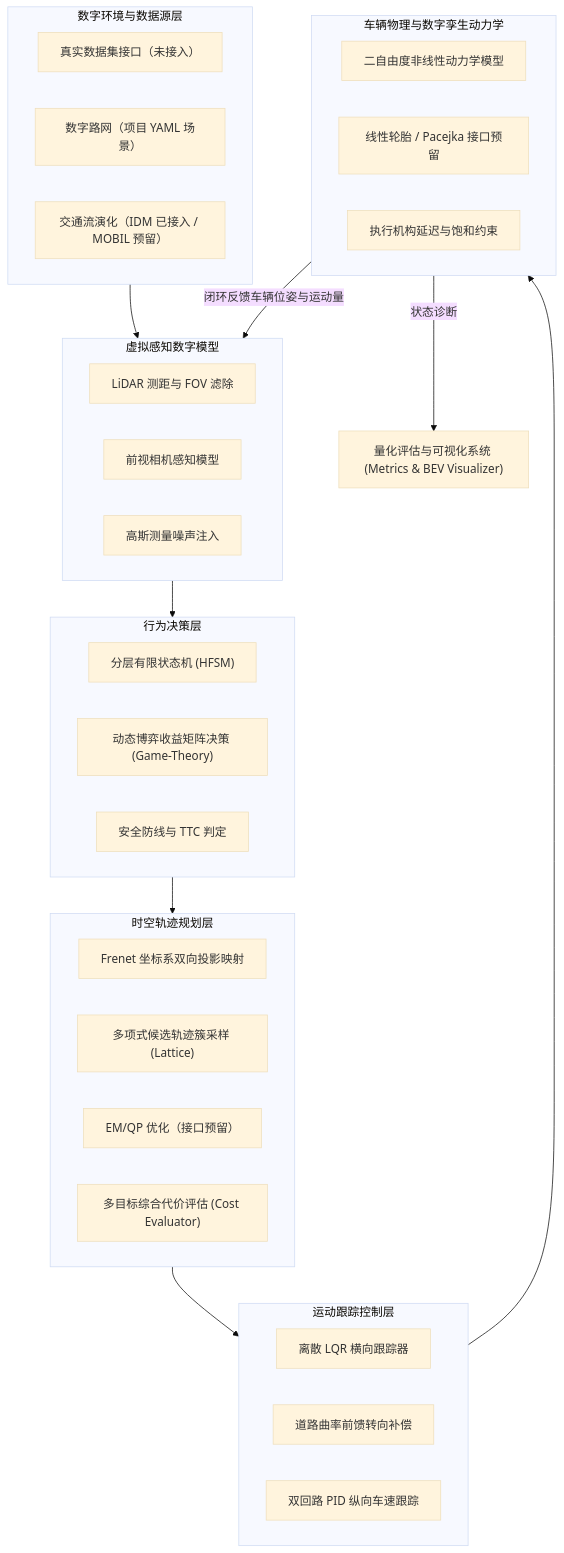
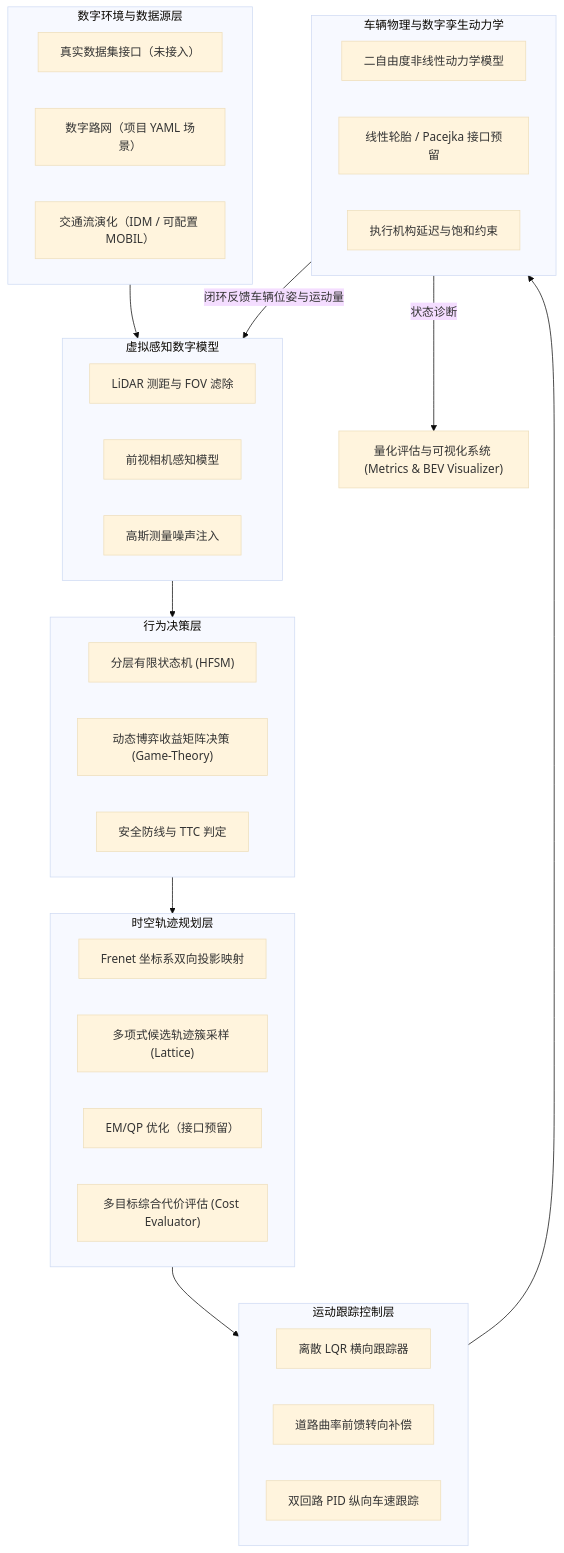
Before and after one commit to fwwwwjj/intelligent-vehicle-simulation: the diagram in docs/02_digital_models.md, drawn with Mermaid (base theme). The commit also changed other lines of this file and 14 other files, not shown here.

````diff
--- a/docs/02_digital_models.md
+++ b/docs/02_digital_models.md
@@ -7,47 +7,47 @@
 ```mermaid
 flowchart TD
     subgraph Env["数字环境与数据源层"]
         D1["真实数据集接口（未接入）"]
         D2["数字路网（项目 YAML 场景）"]
-        D3["交通流演化（IDM 已接入 / MOBIL 预留）"]
+        D3["交通流演化（IDM / 可配置 MOBIL）"]
     end
 
     subgraph Sense["虚拟感知数字模型"]
         S1["LiDAR 测距与 FOV 滤除"]
         S2["前视相机感知模型"]
         S3["高斯测量噪声注入"]
     end
 
     subgraph Decision["行为决策层"]
         B1["分层有限状态机 (HFSM)"]
         B2["动态博弈收益矩阵决策 (Game-Theory)"]
         B3["安全防线与 TTC 判定"]
     end
 
     subgraph Plan["时空轨迹规划层"]
         P1["Frenet 坐标系双向投影映射"]
         P2["多项式候选轨迹簇采样 (Lattice)"]
         P3["EM/QP 优化（接口预留）"]
         P4["多目标综合代价评估 (Cost Evaluator)"]
     end
 
     subgraph Control["运动跟踪控制层"]
         C1["离散 LQR 横向跟踪器"]
         C2["道路曲率前馈转向补偿"]
         C3["双回路 PID 纵向车速跟踪"]
     end
 
     subgraph Physics["车辆物理与数字孪生动力学"]
         V1["二自由度非线性动力学模型"]
         V2["线性轮胎 / Pacejka 接口预留"]
         V3["执行机构延迟与饱和约束"]
     end
 
     Env --> Sense
     Sense --> Decision
     Decision --> Plan
     Plan --> Control
     Control --> Physics
     Physics -->|闭环反馈车辆位姿与运动量| Sense
     Physics -->|状态诊断| Eval["量化评估与可视化系统 (Metrics & BEV Visualizer)"]
 ```
````
